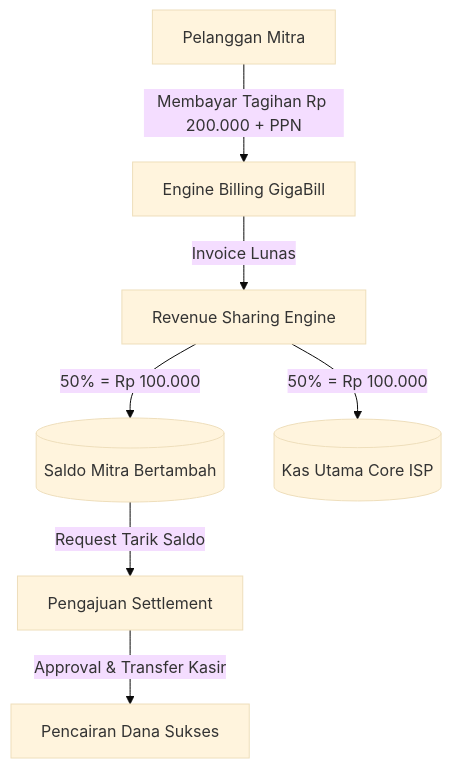
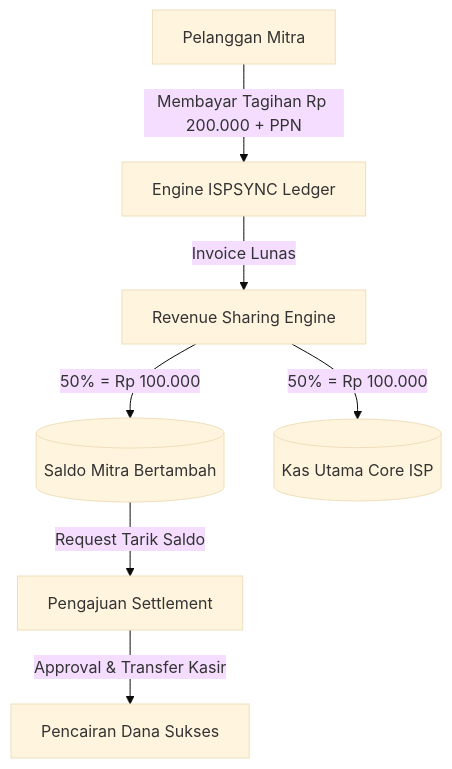
One commit to aanrizal01/ispsync-platform changed the third of 3 diagrams in docs/BILLING_MANUAL.md. Above: the diagram before and after it, drawn with Mermaid (base theme). The commit also changed other lines of this file and 1 other file, not shown here.

Commit message:
docs: standardize ISPSYNC Ledger branding and add CMS & dynamic landing page guide

````diff
--- a/docs/BILLING_MANUAL.md
+++ b/docs/BILLING_MANUAL.md
@@ -245,9 +245,9 @@
 ```mermaid
 flowchart TD
-    Customer[Pelanggan Mitra] -->|Membayar Tagihan Rp 200.000 + PPN| Billing[Engine Billing GigaBill]
+    Customer[Pelanggan Mitra] -->|Membayar Tagihan Rp 200.000 + PPN| Billing[Engine ISPSYNC Ledger]
     Billing -->|Invoice Lunas| SplitEngine[Revenue Sharing Engine]
     SplitEngine -->|50% = Rp 100.000| PartnerWallet[(Saldo Mitra Bertambah)]
     SplitEngine -->|50% = Rp 100.000| ISPWallet[(Kas Utama Core ISP)]
     PartnerWallet -->|Request Tarik Saldo| SettlementReq[Pengajuan Settlement]
     SettlementReq -->|Approval & Transfer Kasir| Disbursed[Pencairan Dana Sukses]
 ```
````
